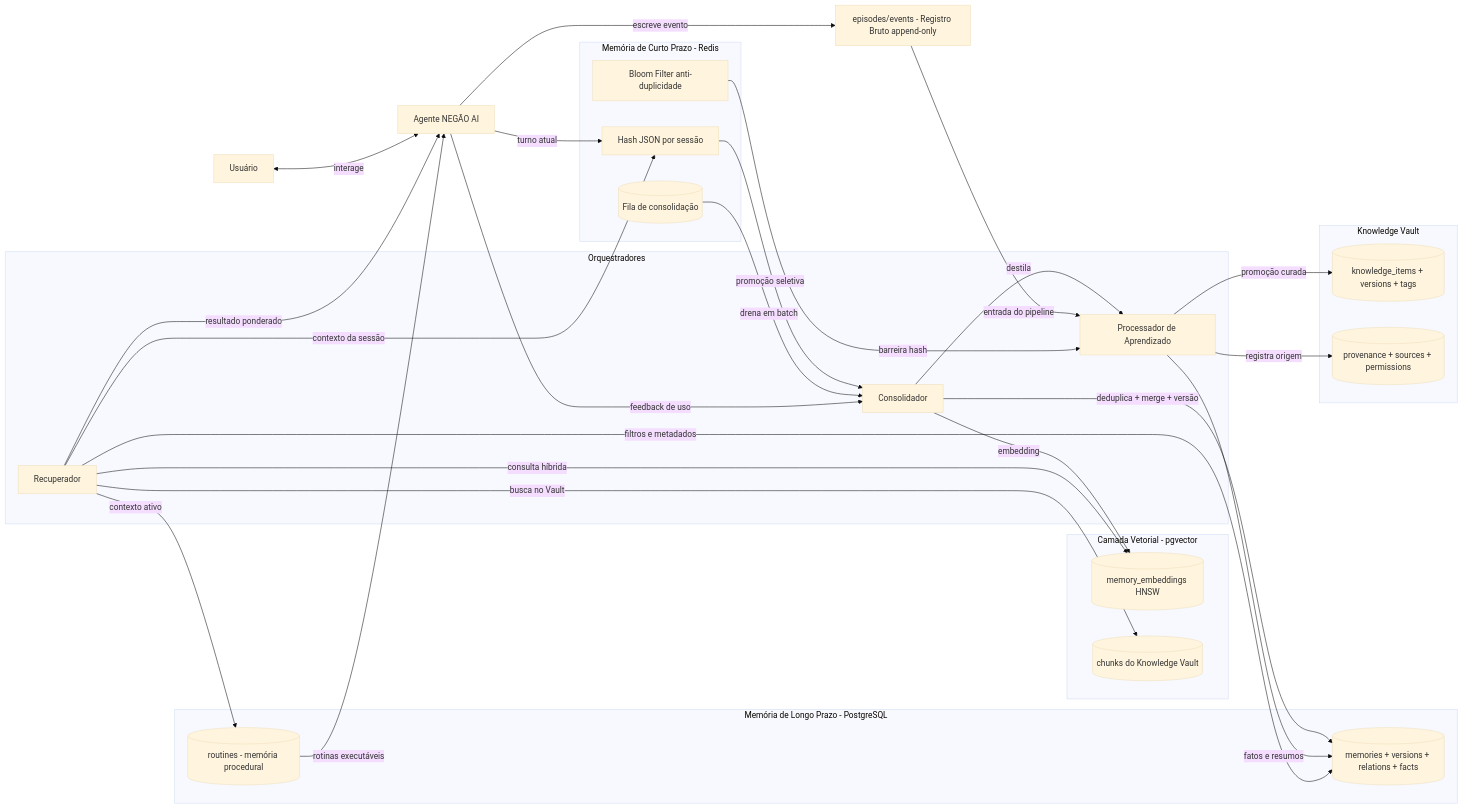
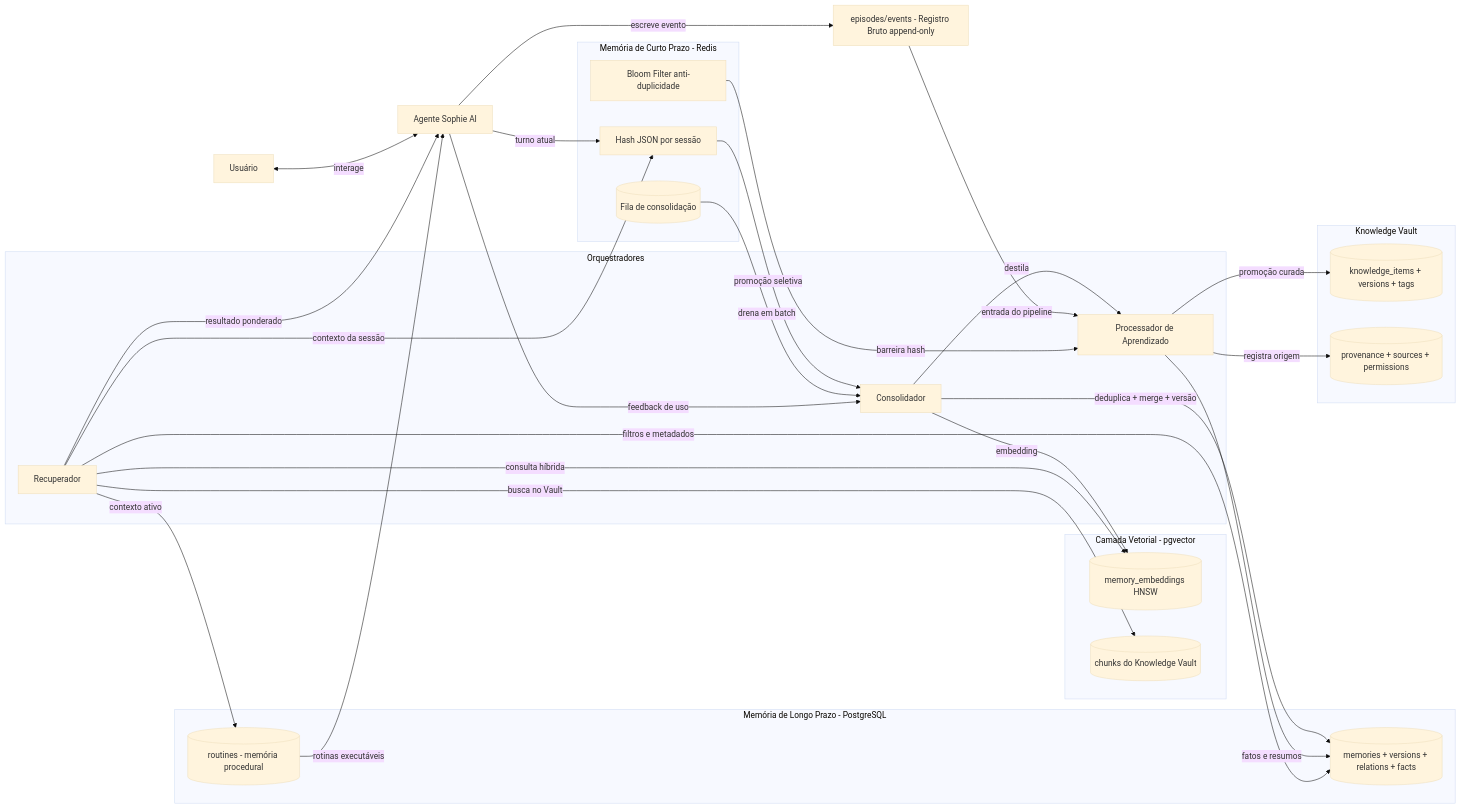
Before and after one commit to wandersongandra/Neg-o-IA: the first of 4 diagrams in docs/ARQUITETURA-MEMORIA-APRENDIZADO-KNOWLEDGE.md, drawn with Mermaid (base theme). The commit also changed other lines of this file and 161 other files, not shown here.

````diff
--- a/docs/ARQUITETURA-MEMORIA-APRENDIZADO-KNOWLEDGE.md
+++ b/docs/ARQUITETURA-MEMORIA-APRENDIZADO-KNOWLEDGE.md
@@ -358,53 +358,53 @@
 ```mermaid
 flowchart LR
-    U[Usuário] <-->|interage| AG[Agente NEGÃO AI]
+    U[Usuário] <-->|interage| AG[Agente Sophie AI]
     AG -->|escreve evento| EV[episodes/events - Registro Bruto append-only]
 
     subgraph N1[Memória de Curto Prazo - Redis]
         STM[Hash JSON por sessão]
         QST[(Fila de consolidação)]
         BF[Bloom Filter anti-duplicidade]
     end
 
     subgraph N2[Memória de Longo Prazo - PostgreSQL]
         LTM[(memories + versions + relations + facts)]
         RT[(routines - memória procedural)]
     end
 
     subgraph N3[Camada Vetorial - pgvector]
         EMB[(memory_embeddings HNSW)]
         CHK[(chunks do Knowledge Vault)]
     end
 
     subgraph KV[Knowledge Vault]
         ITM[(knowledge_items + versions + tags)]
         PROV[(provenance + sources + permissions)]
     end
 
     subgraph ORQ[Orquestradores]
         CONS[Consolidador]
         APR[Processador de Aprendizado]
         RET[Recuperador]
     end
 
     AG -->|turno atual| STM
     STM -->|promoção seletiva| CONS
     CONS -->|deduplica + merge + versão| LTM
     CONS -->|embedding| EMB
     CONS -->|destila| APR
     APR -->|fatos e resumos| LTM
     APR -->|promoção curada| ITM
     APR -->|registra origem| PROV
     EV -->|entrada do pipeline| APR
     QST -->|drena em batch| CONS
     BF -->|barreira hash| APR
 
     RET -->|consulta híbrida| EMB
     RET -->|filtros e metadados| LTM
     RET -->|contexto ativo| RT
     RET -->|busca no Vault| CHK
     RET -->|contexto da sessão| STM
     RET -->|resultado ponderado| AG
     RT -->|rotinas executáveis| AG
     AG -->|feedback de uso| CONS
 ```
````
